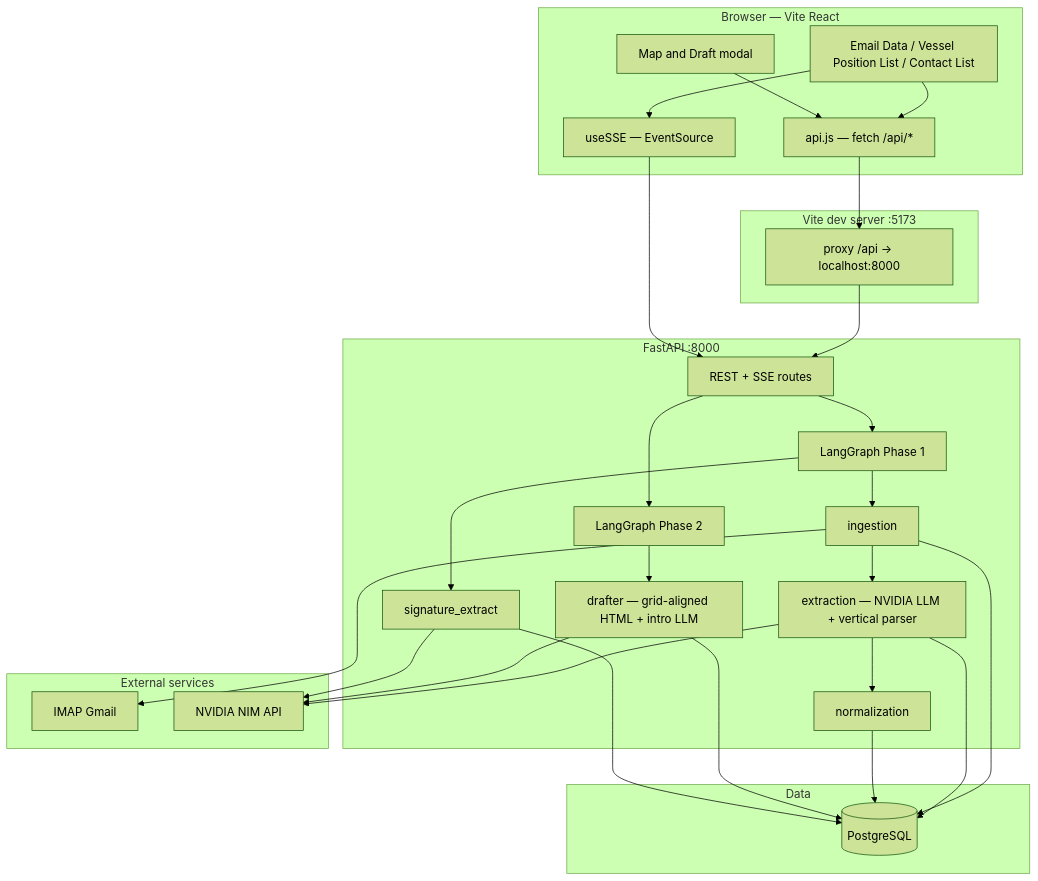
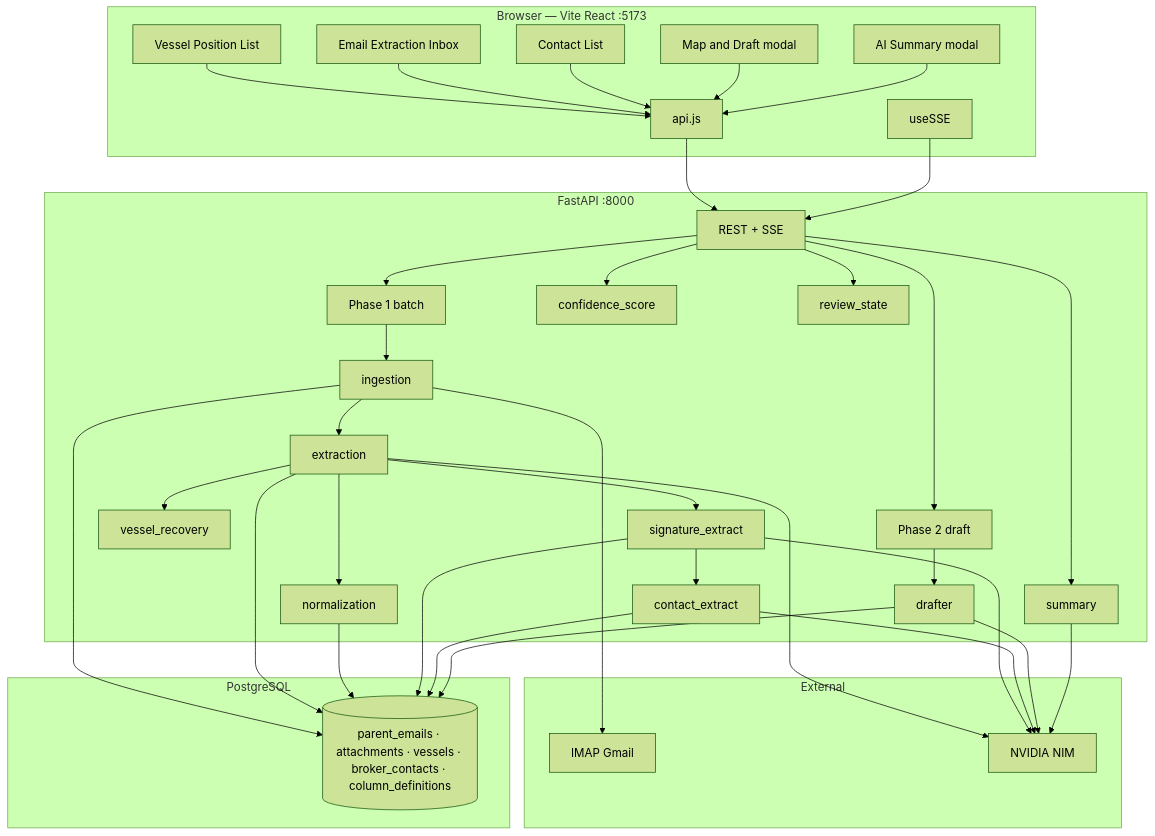
One commit to DeoUtkarsh/Asset_Mail_Parsing changed the diagram in README.md. Above: the diagram before and after it, drawn with Mermaid (forest theme). The commit also changed other lines of this file and 16 other files, not shown here.

Commit message:
added confidence logic and also modified landing page to vessel position list

````diff
--- a/README.md
+++ b/README.md
@@ -11,49 +26,49 @@
 ```mermaid
 flowchart TB
-  subgraph client [Browser — Vite React]
-    UI[Email Data / Vessel Position List / Contact List]
+  subgraph client [Browser — Vite React :5173]
+    T1[Vessel Position List]
+    T2[Email Extraction Inbox]
+    T3[Contact List]
     Modal[Map and Draft modal]
-    SSEHook[useSSE — EventSource]
-    APIjs[api.js — fetch /api/*]
-  end
-
-  subgraph vite [Vite dev server :5173]
-    Proxy["proxy /api → localhost:8000"]
+    AISum[AI Summary modal]
+    SSEHook[useSSE]
+    APIjs[api.js]
   end
 
   subgraph backend [FastAPI :8000]
-    Routes[REST + SSE routes]
-    LG1[LangGraph Phase 1]
-    LG2[LangGraph Phase 2]
-    A1[ingestion]
-    A2[extraction — NVIDIA LLM + vertical parser]
-    A3[normalization]
-    A4[drafter — grid-aligned HTML + intro LLM]
+    Routes[REST + SSE]
+    P1[Phase 1 batch]
+    P2[Phase 2 draft]
+    Ing[ingestion]
+    Ext[extraction]
+    Rec[vessel_recovery]
+    Norm[normalization]
     Sig[signature_extract]
+    Con[contact_extract]
+    Conf[confidence_score]
+    Rev[review_state]
+    Sum[summary]
+    Draft[drafter]
   end
 
-  subgraph external [External services]
+  subgraph external [External]
     Gmail[IMAP Gmail]
-    NIM[NVIDIA NIM API]
+    NIM[NVIDIA NIM]
   end
 
-  subgraph data [Data]
-    PG[(PostgreSQL)]
+  subgraph data [PostgreSQL]
+    PG[(parent_emails · attachments · vessels · broker_contacts · column_definitions)]
   end
 
-  UI --> APIjs
-  UI --> SSEHook
-  Modal --> APIjs
-  APIjs --> Proxy --> Routes
+  T1 & T2 & T3 & Modal & AISum --> APIjs --> Routes
   SSEHook --> Routes
-  Routes --> LG1
-  Routes --> LG2
-  LG1 --> A1 --> A2 --> A3
-  LG1 --> Sig
-  LG2 --> A4
-  A1 --> Gmail
-  A2 --> NIM
-  A4 --> NIM
-  Sig --> NIM
-  A1 & A2 & A3 & A4 & Sig --> PG
+  Routes --> P1 & P2 & Sum
+  P1 --> Ing --> Ext --> Norm
+  Ext --> Rec
+  Ext --> Sig --> Con
+  Routes --> Conf & Rev
+  P2 --> Draft
+  Ing --> Gmail
+  Ext & Sig & Con & Draft & Sum --> NIM
+  Ing & Ext & Norm & Sig & Con & Draft --> PG
 ```
````
